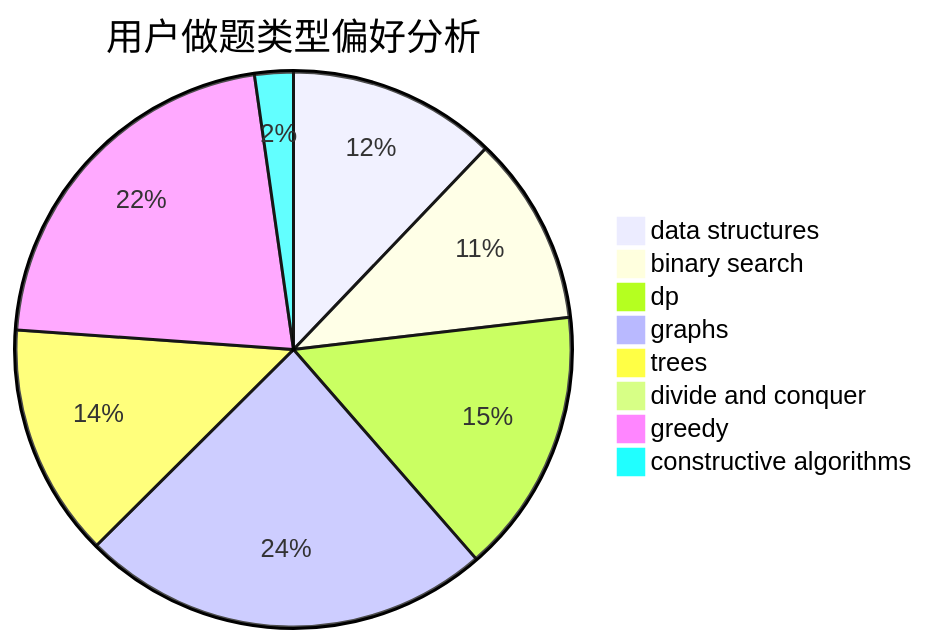
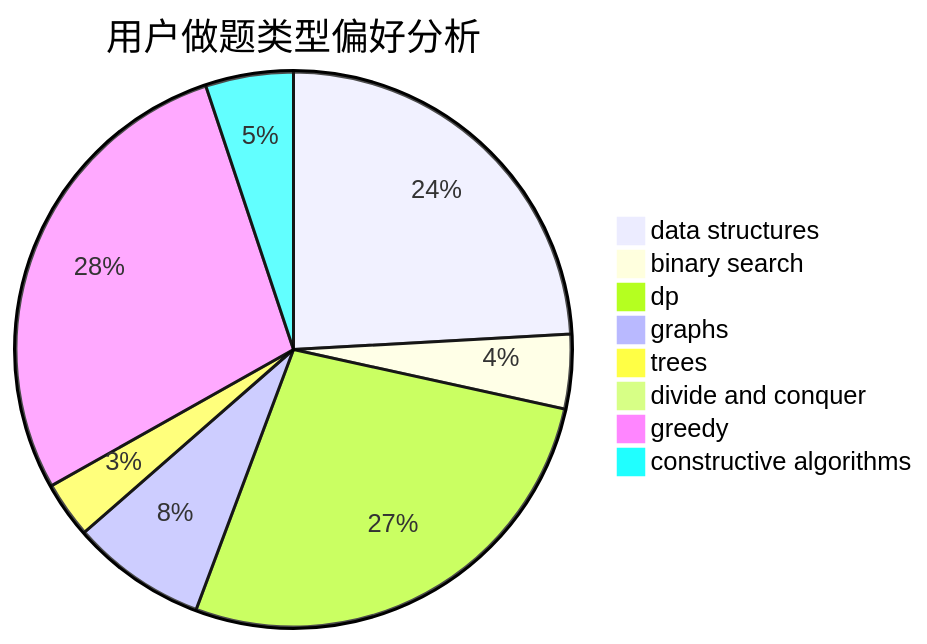
One commit to sherpahu/cfrs.github.io changed the second of 3 diagrams in docs/user/u72.md. Above: the diagram before and after it, drawn with Mermaid. The commit also changed other lines of this file and 2770 other files, not shown here.

````diff
--- a/docs/user/u72.md
+++ b/docs/user/u72.md
@@ -23,11 +23,11 @@
 ```mermaid
 pie title 用户做题类型偏好分析
-    "data structures" :  151
-    "binary search" :  137
-    "dp" :  192
-    "graphs" :  298
-    "trees" :  169
-    "divide and conquer" :  0
-    "greedy" :  269
-    "constructive algorithms" :  28
+    "data structures" :  184
+    "binary search" :  33
+    "dp" :  208
+    "graphs" :  60
+    "trees" :  25
+    "divide and conquer" :  2
+    "greedy" :  214
+    "constructive algorithms" :  39
 ```
````
